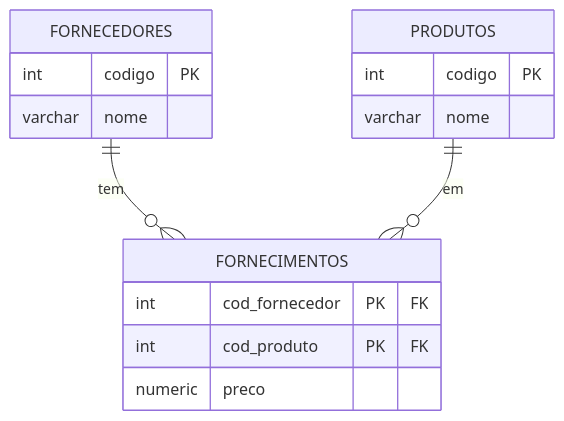
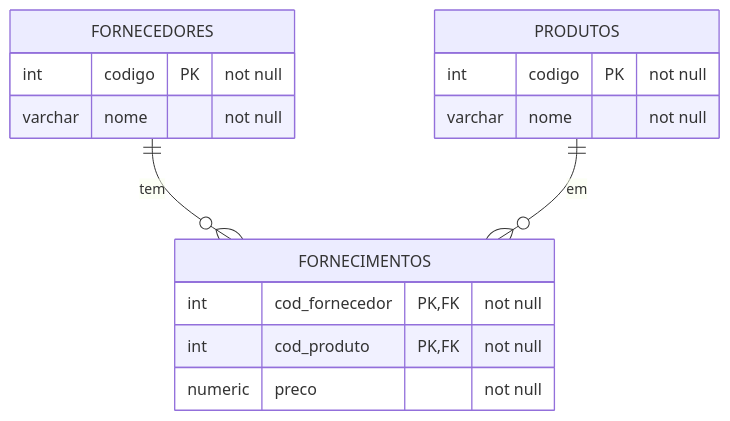
The diagram in unidades/04-modelagem/assets/tab-fornecimento.mmd (howardroatti/banco-de-dados-faesa), drawn with Mermaid before and after one commit. The commit also changed 12 other files, not shown here.

Commit message:
Deck logico: nulabilidade (not null) nas tabelas, dicas SQL Power Architect e legenda crow's foot (da apresentacao do professor)

```diff
--- a/unidades/04-modelagem/assets/tab-fornecimento.mmd
+++ b/unidades/04-modelagem/assets/tab-fornecimento.mmd
@@ -1,16 +1,16 @@
 erDiagram
     FORNECEDORES ||--o{ FORNECIMENTOS : tem
     PRODUTOS ||--o{ FORNECIMENTOS : em
     FORNECEDORES {
-        int codigo PK
-        varchar nome
+        int codigo PK "not null"
+        varchar nome "not null"
     }
     PRODUTOS {
-        int codigo PK
-        varchar nome
+        int codigo PK "not null"
+        varchar nome "not null"
     }
     FORNECIMENTOS {
-        int cod_fornecedor PK "FK"
-        int cod_produto PK "FK"
-        numeric preco
+        int cod_fornecedor PK,FK "not null"
+        int cod_produto PK,FK "not null"
+        numeric preco "not null"
     }
```
